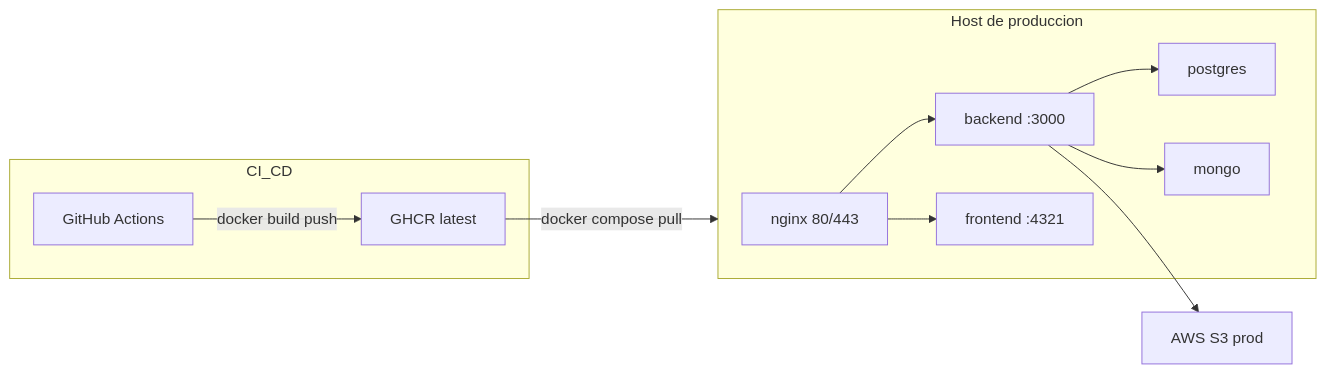
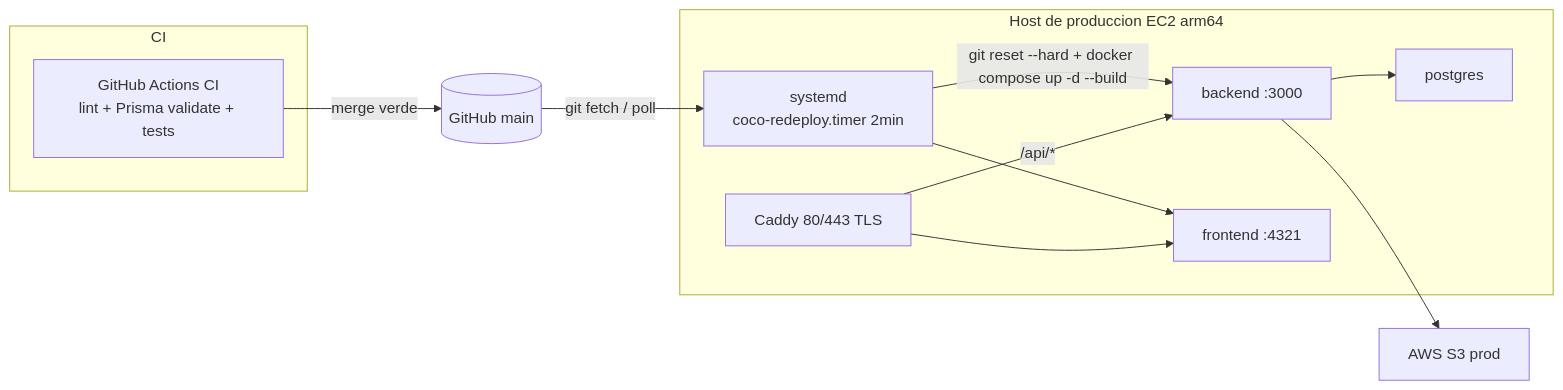
The third of 7 diagrams in docs/arquitectura-datos/diagramas-c4.md (coconsulting2/cocowiki), drawn with Mermaid before and after one commit. The commit also changed other lines of this file and 5 other files, not shown here.

First line of the commit message:
docs(deploy): document the real CD (git-poll) and retire stale GHCR/SSH refs

````diff
--- a/docs/arquitectura-datos/diagramas-c4.md
+++ b/docs/arquitectura-datos/diagramas-c4.md
@@ -143,23 +143,24 @@
 ```mermaid
 flowchart LR
-  subgraph cicd [CI_CD]
-    GHA[GitHub Actions]
-    GHCR[GHCR latest]
+  subgraph cicd [CI]
+    GHA[GitHub Actions CI<br/>lint + Prisma validate + tests]
   end
+  GHmain[(GitHub main)]
 
-  subgraph host [Host de produccion]
-    NGINX[nginx 80/443]
+  subgraph host [Host de produccion EC2 arm64]
+    TIMER[systemd<br/>coco-redeploy.timer 2min]
+    CADDY[Caddy 80/443 TLS]
     BE[backend :3000]
     FE2[frontend :4321]
     PG2[postgres]
-    MG2[mongo]
   end
 
-  GHA -->|docker build push| GHCR
-  GHCR -->|docker compose pull| host
-  NGINX --> FE2
-  NGINX --> BE
+  GHA -->|merge verde| GHmain
+  GHmain -->|git fetch / poll| TIMER
+  TIMER -->|git reset --hard + docker compose up -d --build| BE
+  TIMER --> FE2
+  CADDY --> FE2
+  CADDY -->|/api/*| BE
   BE --> PG2
-  BE --> MG2
   BE --> S3AWS[AWS S3 prod]
 ```
````
